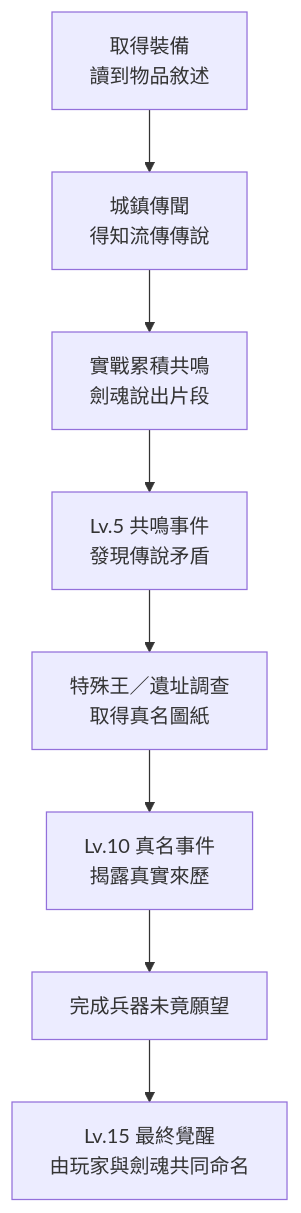
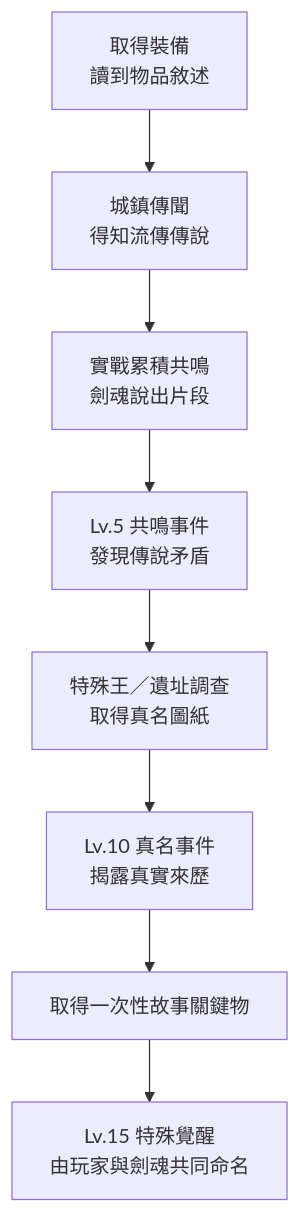
Before and after one commit to judadao/game_godot: the diagram in concept/story/game_story/05_戰鬥設計/裝備傳說與來歷.md, drawn with Mermaid. The commit also changed other lines of this file and 72 other files, not shown here.

````diff
--- a/concept/story/game_story/05_戰鬥設計/裝備傳說與來歷.md
+++ b/concept/story/game_story/05_戰鬥設計/裝備傳說與來歷.md
@@ -196,10 +198,10 @@
 ```mermaid
 flowchart TD
     A[取得裝備<br/>讀到物品敘述] --> B[城鎮傳聞<br/>得知流傳傳說]
     B --> C[實戰累積共鳴<br/>劍魂說出片段]
     C --> D[Lv.5 共鳴事件<br/>發現傳說矛盾]
     D --> E[特殊王／遺址調查<br/>取得真名圖紙]
     E --> F[Lv.10 真名事件<br/>揭露真實來歷]
-    F --> G[完成兵器未竟願望]
-    G --> H[Lv.15 最終覺醒<br/>由玩家與劍魂共同命名]
+    F --> G[取得一次性故事關鍵物]
+    G --> H[Lv.15 特殊覺醒<br/>由玩家與劍魂共同命名]
 ```
````
